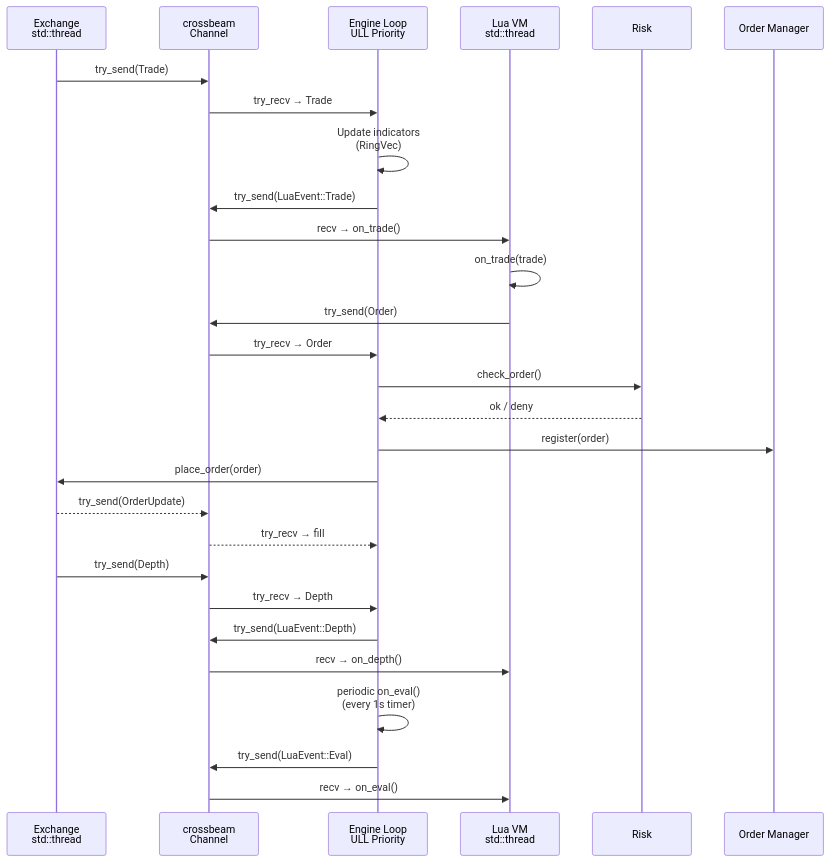
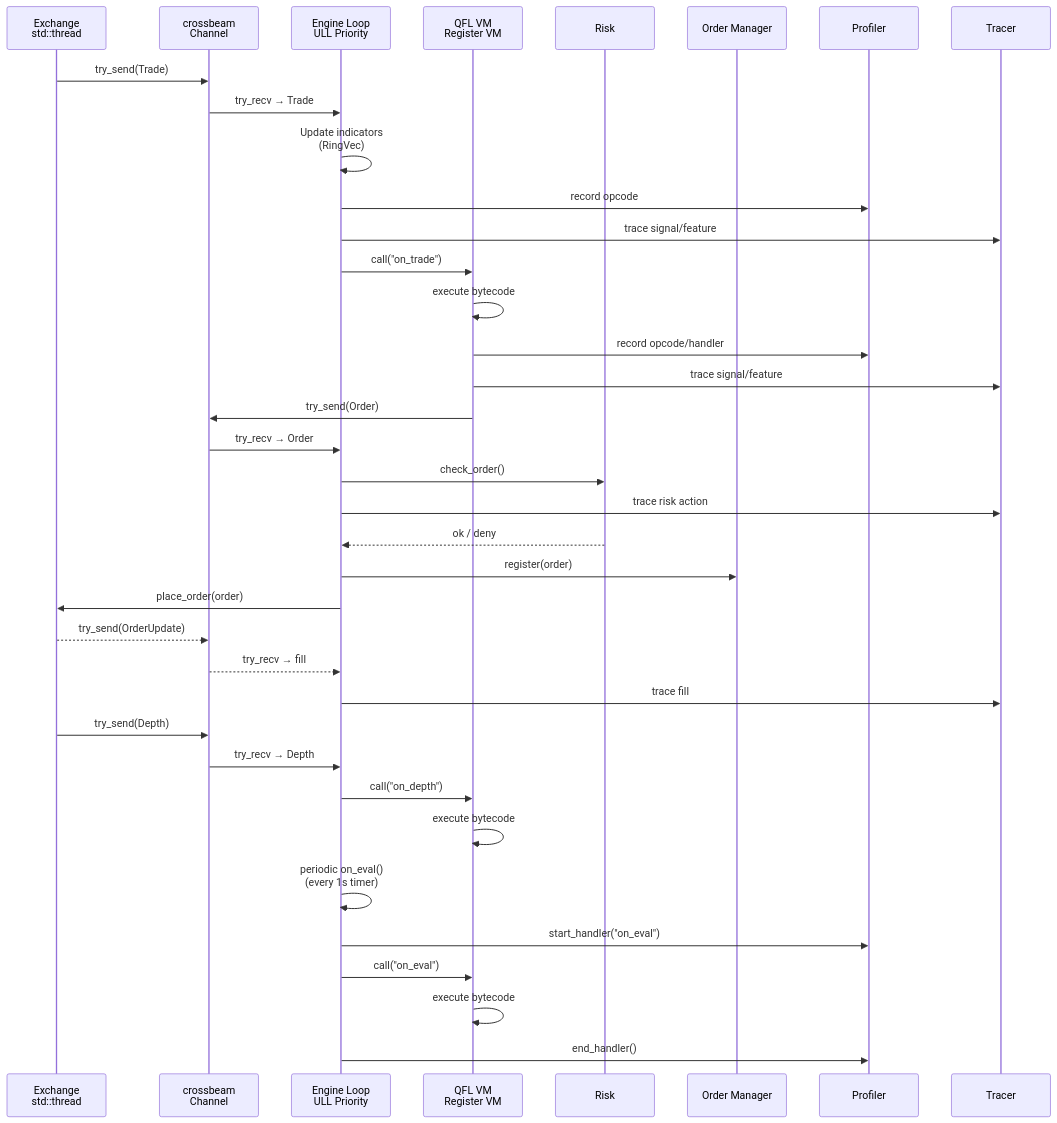
The second of 3 diagrams in README.md (0xitsss/quince), drawn with Mermaid before and after one commit. The commit also changed other lines of this file and 15 other files, not shown here.

First line of the commit message:
Phase 4e: Tracing — signal/feature/fill/risk trace log (v0.3.6)

````diff
--- a/README.md
+++ b/README.md
@@ -62,34 +66,43 @@
 ```mermaid
 sequenceDiagram
     participant E as Exchange<br/>std::thread
     participant C as crossbeam<br/>Channel
     participant EL as Engine Loop<br/>ULL Priority
-    participant L as Lua VM<br/>std::thread
+    participant Q as QFL VM<br/>Register VM
     participant R as Risk
     participant OM as Order Manager
+    participant PR as Profiler
+    participant TR as Tracer
 
     E->>C: try_send(Trade)
     C->>EL: try_recv → Trade
     EL->>EL: Update indicators<br/>(RingVec)
-    EL->>C: try_send(LuaEvent::Trade)
-    C->>L: recv → on_trade()
-    L->>L: on_trade(trade)
-    L->>C: try_send(Order)
+    EL->>PR: record opcode
+    EL->>TR: trace signal/feature
+    EL->>Q: call("on_trade")
+    Q->>Q: execute bytecode
+    Q->>PR: record opcode/handler
+    Q->>TR: trace signal/feature
+    Q->>C: try_send(Order)
     C->>EL: try_recv → Order
 
     EL->>R: check_order()
+    EL->>TR: trace risk action
     R-->>EL: ok / deny
     EL->>OM: register(order)
     EL->>E: place_order(order)
     E-->>C: try_send(OrderUpdate)
     C-->>EL: try_recv → fill
+    EL->>TR: trace fill
 
     E->>C: try_send(Depth)
     C->>EL: try_recv → Depth
-    EL->>C: try_send(LuaEvent::Depth)
-    C->>L: recv → on_depth()
+    EL->>Q: call("on_depth")
+    Q->>Q: execute bytecode
 
     EL->>EL: periodic on_eval()<br/>(every 1s timer)
-    EL->>C: try_send(LuaEvent::Eval)
-    C->>L: recv → on_eval()
+    EL->>PR: start_handler("on_eval")
+    EL->>Q: call("on_eval")
+    Q->>Q: execute bytecode
+    EL->>PR: end_handler()
 ```
````
